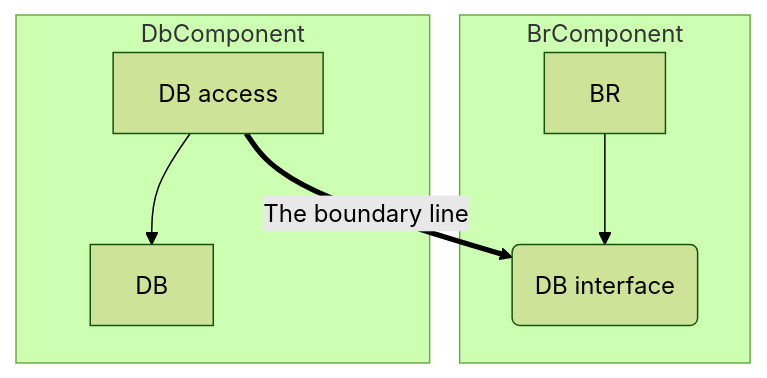
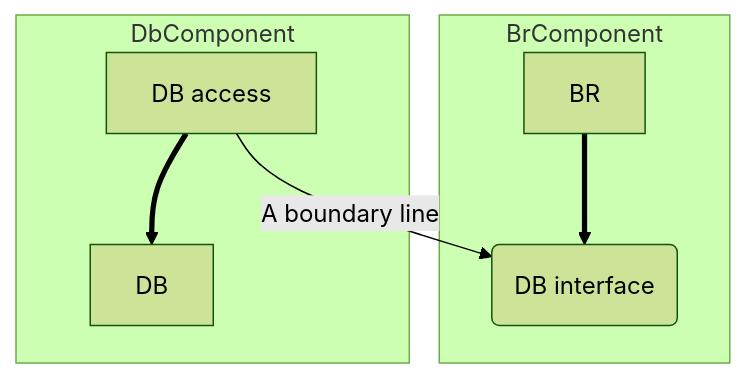
One commit to aleksandr-kiliushin/learning changed the seventh of 8 diagrams in summaries/clean-architecture/index.md. Above: the diagram before and after it, drawn with Mermaid (forest theme). The commit also changed other lines of this file, not shown here.

Commit message:
clean architecture: add WHAT ABOUT INPUT AND OUTPUT?

````diff
--- a/summaries/clean-architecture/index.md
+++ b/summaries/clean-architecture/index.md
@@ -1303,21 +1303,21 @@
 ```mermaid
 graph TD
   Br[BR]
   DbInterface(DB interface)
   DbAccess[DB access]
   Db[DB]
 
   subgraph BrComponent
     Br
     DbInterface
   end
 
   subgraph DbComponent
     DbAccess
     Db
   end
 
-  Br-->DbInterface
-  DbAccess==The boundary line==>DbInterface
-  DbAccess-->Db
+  Br==>DbInterface
+  DbAccess--A boundary line-->DbInterface
+  DbAccess==>Db
 ```
````
